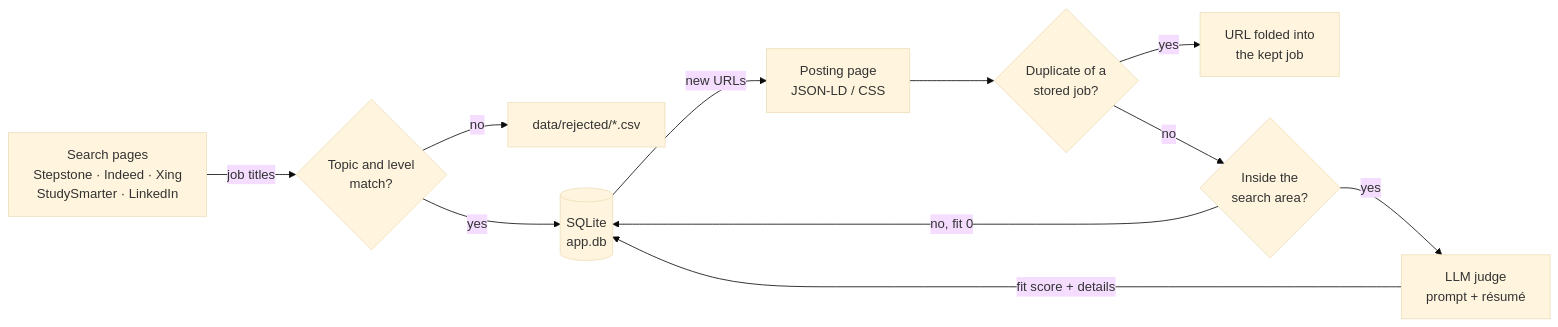
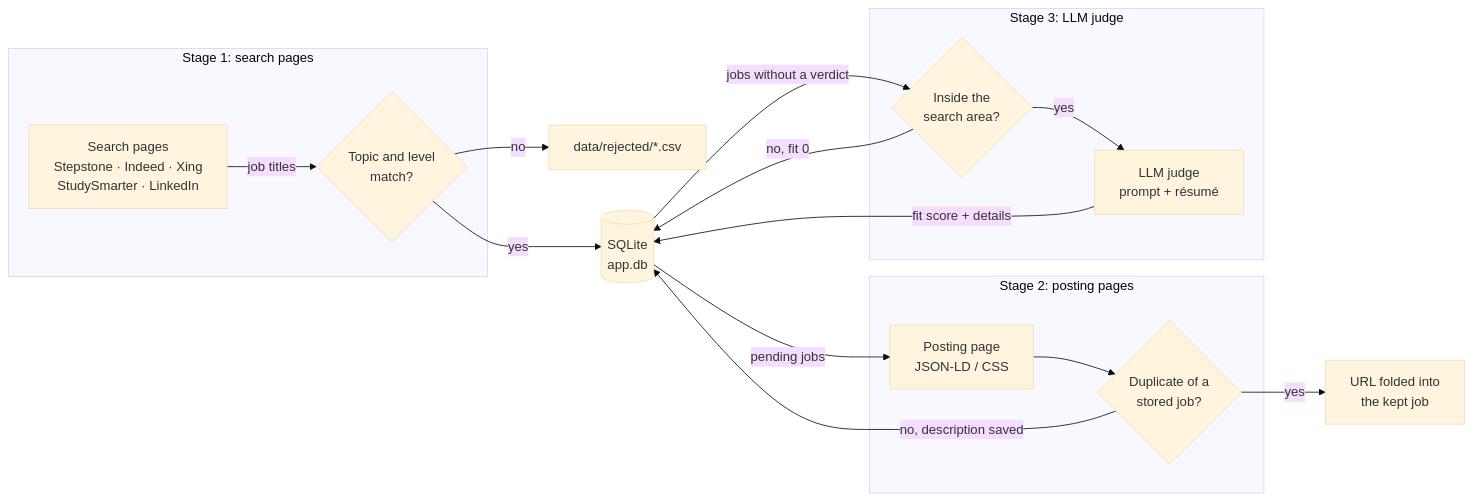
Before and after one commit to Devashish-Pisal/multi-source-job-aggregator: the diagram in README.md, drawn with Mermaid (base theme). The commit also changed other lines of this file and 18 other files, not shown here.

````diff
--- a/README.md
+++ b/README.md
@@ -42,13 +42,20 @@
 ```mermaid
 flowchart LR
-    A[Search pages<br/>Stepstone · Indeed · Xing<br/>StudySmarter · LinkedIn] -->|job titles| B{Topic and level<br/>match?}
+    subgraph S1["Stage 1: search pages"]
+        A[Search pages<br/>Stepstone · Indeed · Xing<br/>StudySmarter · LinkedIn] -->|job titles| B{Topic and level<br/>match?}
+    end
+    subgraph S2["Stage 2: posting pages"]
+        E[Posting page<br/>JSON-LD / CSS] --> F{Duplicate of a<br/>stored job?}
+    end
+    subgraph S3["Stage 3: LLM judge"]
+        L{Inside the<br/>search area?} -->|yes| H[LLM judge<br/>prompt + résumé]
+    end
     B -->|no| R[data/rejected/*.csv]
     B -->|yes| D[(SQLite<br/>app.db)]
-    D -->|new URLs| E[Posting page<br/>JSON-LD / CSS]
-    E --> F{Duplicate of a<br/>stored job?}
+    D -->|pending jobs| E
     F -->|yes| G[URL folded into<br/>the kept job]
-    F -->|no| L{Inside the<br/>search area?}
+    F -->|no, description saved| D
+    D -->|jobs without a verdict| L
     L -->|no, fit 0| D
-    L -->|yes| H[LLM judge<br/>prompt + résumé]
     H -->|fit score + details| D
 ```
````
